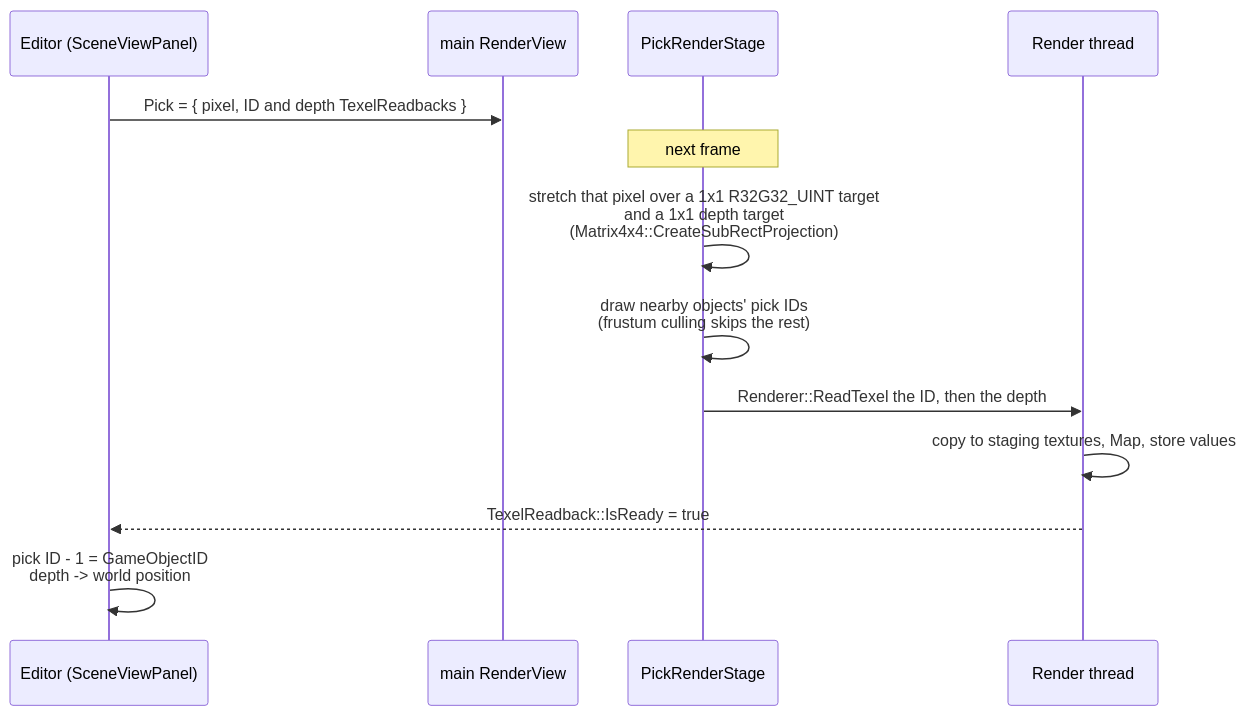
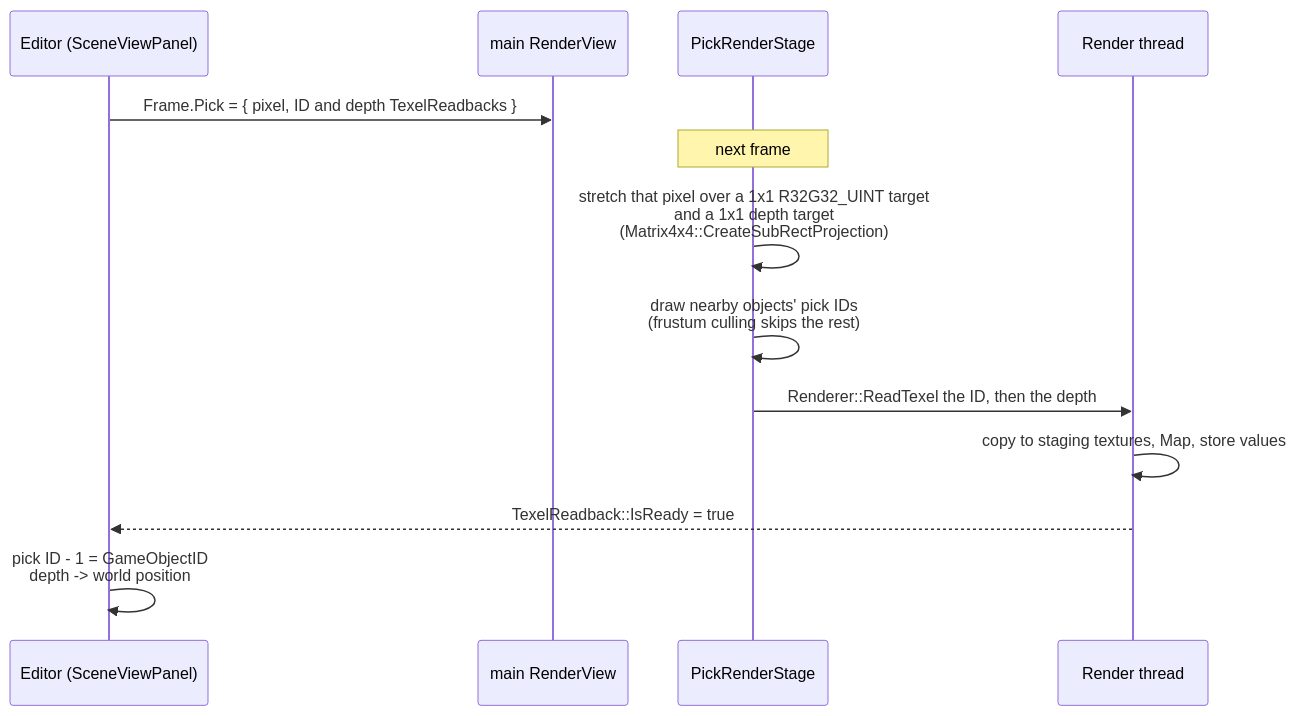
Before and after one commit to b1nary0/RZE: the seventh of 8 diagrams in Docs/Generated/Engine/04-Rendering/Render-Stages.md, drawn with Mermaid. The commit also changed other lines of this file and 8 other files, not shown here.

````diff
--- a/Docs/Generated/Engine/04-Rendering/Render-Stages.md
+++ b/Docs/Generated/Engine/04-Rendering/Render-Stages.md
@@ -367,16 +369,16 @@
 ```mermaid
 %%{init: {'flowchart': {'subGraphTitleMargin': {'top': 6, 'bottom': 10}}, 'themeCSS': '.labelBkg, .edgeLabel { background-color: var(--background-primary) !important; } .messageText, .labelText, .loopText { paint-order: stroke; stroke: var(--background-primary); stroke-width: 12px; stroke-linejoin: round; }'}}%%
 sequenceDiagram
     participant Ed as Editor (SceneViewPanel)
     participant View as main RenderView
     participant Pick as PickRenderStage
     participant RT as Render thread
-    Ed->>View: Pick = { pixel, ID and depth TexelReadbacks }
+    Ed->>View: Frame.Pick = { pixel, ID and depth TexelReadbacks }
     Note over Pick: next frame
     Pick->>Pick: stretch that pixel over a 1x1 R32G32_UINT target<br/>and a 1x1 depth target<br/>(Matrix4x4::CreateSubRectProjection)
     Pick->>Pick: draw nearby objects' pick IDs<br/>(frustum culling skips the rest)
     Pick->>RT: Renderer::ReadTexel the ID, then the depth
     RT->>RT: copy to staging textures, Map, store values
     RT-->>Ed: TexelReadback::IsReady = true
     Ed->>Ed: pick ID - 1 = GameObjectID<br/>depth -> world position
 ```
````
